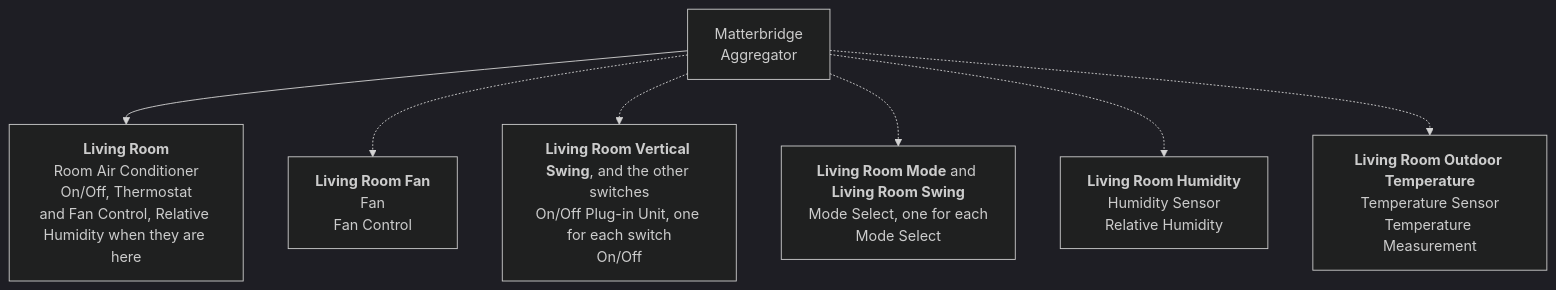
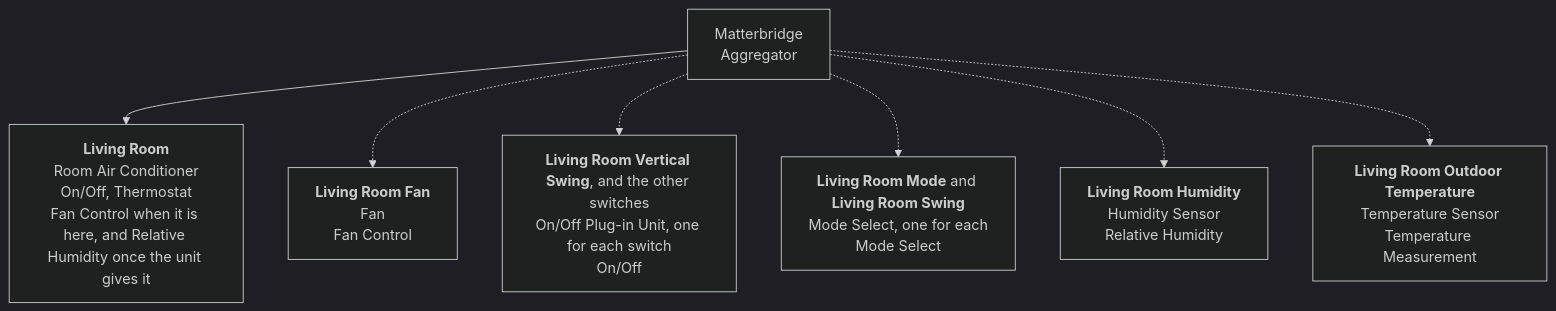
The second of 2 diagrams in README.md (cheziyi/matterbridge-daikin-local), drawn with Mermaid (dark theme) before and after one commit. The commit also changed other lines of this file and 10 other files, not shown here.

First line of the commit message:
feat(sensors): keep the humidity on the air conditioner beside its own sensor

````diff
--- a/README.md
+++ b/README.md
@@ -237,16 +237,16 @@
 ```mermaid
 flowchart TD
     bridge["Matterbridge<br/>Aggregator"]
-    ac["<b>Living Room</b><br/>Room Air Conditioner<br/>On/Off, Thermostat<br/>and Fan Control, Relative Humidity when they are here"]
+    ac["<b>Living Room</b><br/>Room Air Conditioner<br/>On/Off, Thermostat<br/>Fan Control when it is here, and Relative Humidity once the unit gives it"]
     fan["<b>Living Room Fan</b><br/>Fan<br/>Fan Control"]
     switches["<b>Living Room Vertical Swing</b>, and the other switches<br/>On/Off Plug-in Unit, one for each switch<br/>On/Off"]
     selects["<b>Living Room Mode</b> and <b>Living Room Swing</b><br/>Mode Select, one for each<br/>Mode Select"]
     humidity["<b>Living Room Humidity</b><br/>Humidity Sensor<br/>Relative Humidity"]
     outdoor["<b>Living Room Outdoor Temperature</b><br/>Temperature Sensor<br/>Temperature Measurement"]
     bridge --> ac
     bridge -.-> fan
     bridge -.-> switches
     bridge -.-> selects
     bridge -.-> humidity
     bridge -.-> outdoor
 ```
````
